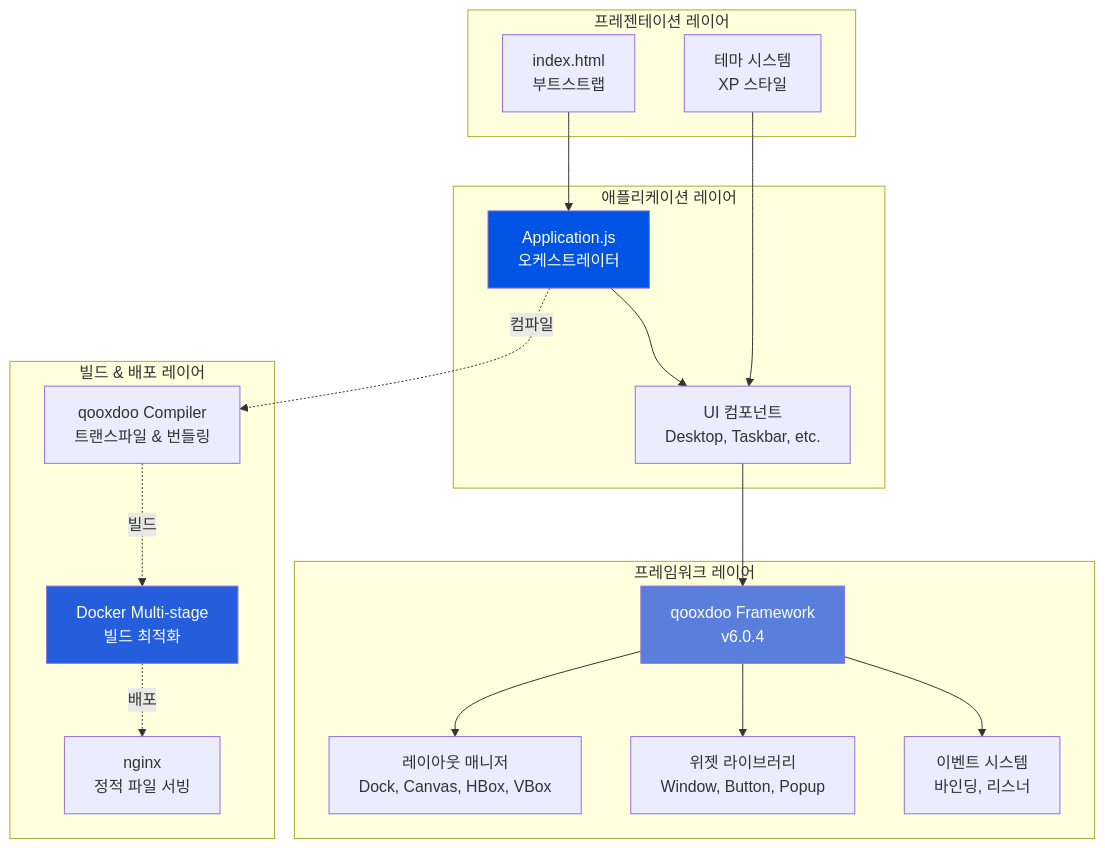
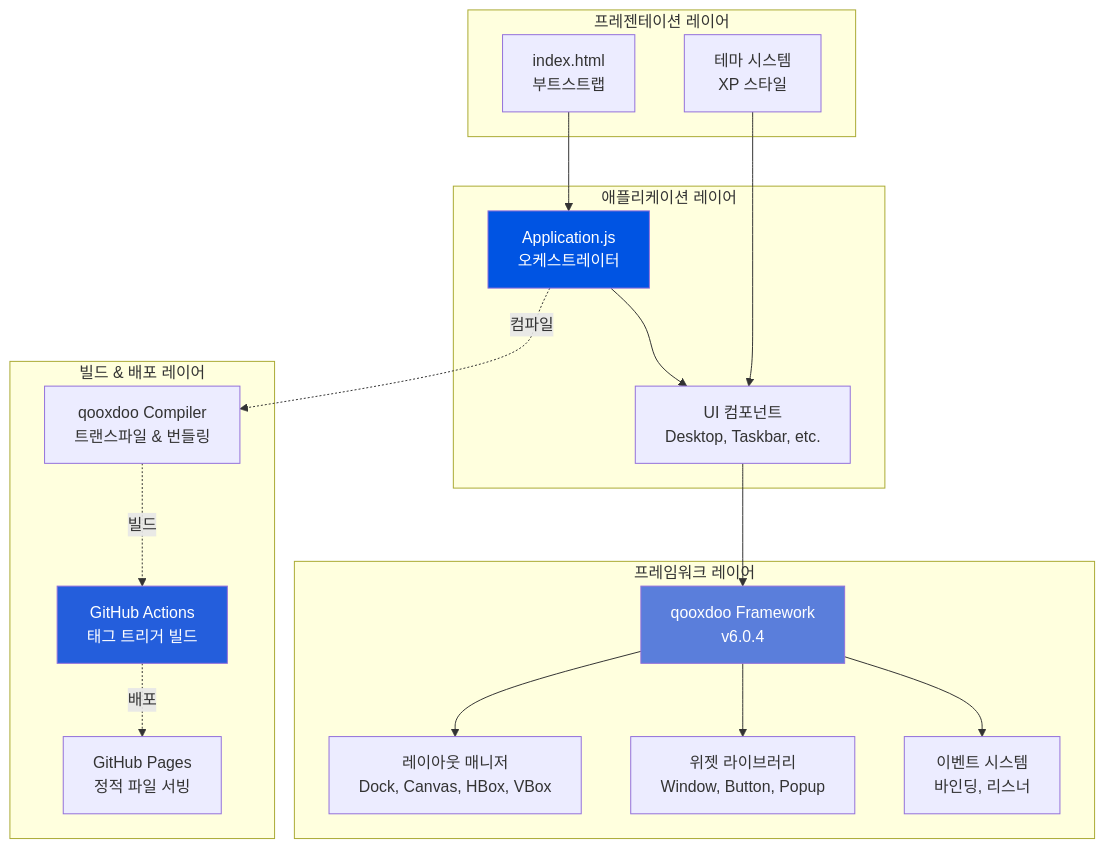
One commit to psmon/DeskWeb changed the second of 11 diagrams in deskweb/ARCHITECTURE.md. Above: the diagram before and after it, drawn with Mermaid. The commit also changed other lines of this file and 13 other files, not shown here.

````diff
--- a/deskweb/ARCHITECTURE.md
+++ b/deskweb/ARCHITECTURE.md
@@ -125,41 +119,41 @@
 ```mermaid
 graph TB
     subgraph "프레젠테이션 레이어"
         HTML[index.html<br/>부트스트랩]
         THEME[테마 시스템<br/>XP 스타일]
     end
 
     subgraph "애플리케이션 레이어"
         APP[Application.js<br/>오케스트레이터]
         UI[UI 컴포넌트<br/>Desktop, Taskbar, etc.]
     end
 
     subgraph "프레임워크 레이어"
         QX[qooxdoo Framework<br/>v6.0.4]
         LAYOUT[레이아웃 매니저<br/>Dock, Canvas, HBox, VBox]
         WIDGET[위젯 라이브러리<br/>Window, Button, Popup]
         EVENT[이벤트 시스템<br/>바인딩, 리스너]
     end
 
     subgraph "빌드 & 배포 레이어"
         COMPILER[qooxdoo Compiler<br/>트랜스파일 & 번들링]
-        DOCKER[Docker Multi-stage<br/>빌드 최적화]
-        NGINX[nginx<br/>정적 파일 서빙]
+        ACTIONS[GitHub Actions<br/>태그 트리거 빌드]
+        PAGES[GitHub Pages<br/>정적 파일 서빙]
     end
 
     HTML --> APP
     THEME --> UI
     APP --> UI
     UI --> QX
     QX --> LAYOUT
     QX --> WIDGET
     QX --> EVENT
 
     APP -.컴파일.-> COMPILER
-    COMPILER -.빌드.-> DOCKER
-    DOCKER -.배포.-> NGINX
+    COMPILER -.빌드.-> ACTIONS
+    ACTIONS -.배포.-> PAGES
 
     style APP fill:#0054E3,color:#fff
     style QX fill:#5A7EDB,color:#fff
-    style DOCKER fill:#245EDC,color:#fff
+    style ACTIONS fill:#245EDC,color:#fff
 ```
````
